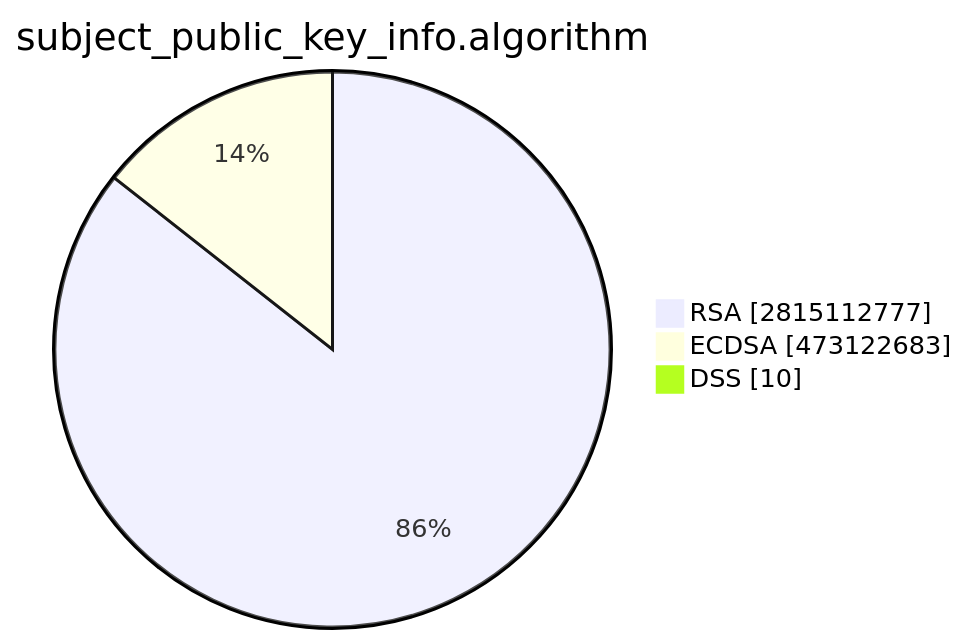
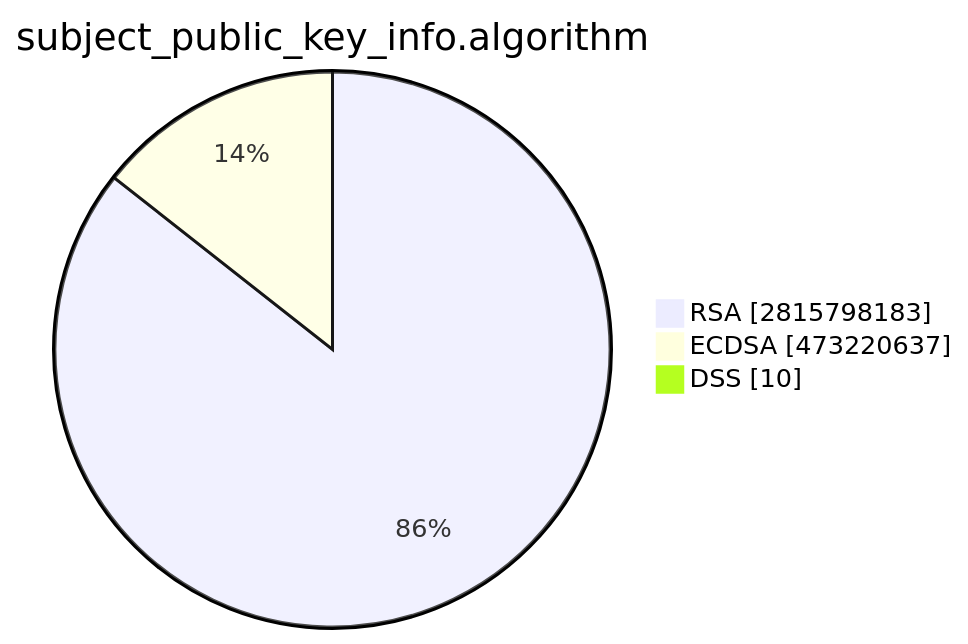
The second of 15 diagrams in TOTAL/README.md (christiankrug/ctmonitor_visualization), drawn with Mermaid before and after one commit. The commit also changed other lines of this file, not shown here.

````diff
--- a/TOTAL/README.md
+++ b/TOTAL/README.md
@@ -6,7 +6,7 @@
 ```mermaid
 pie showData
 title subject_public_key_info.algorithm
-"RSA" :2815112777
-"ECDSA" :473122683
+"RSA" :2815798183
+"ECDSA" :473220637
 "DSS" :10
 ```
````
